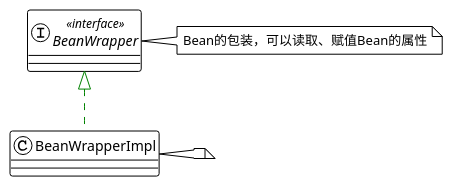
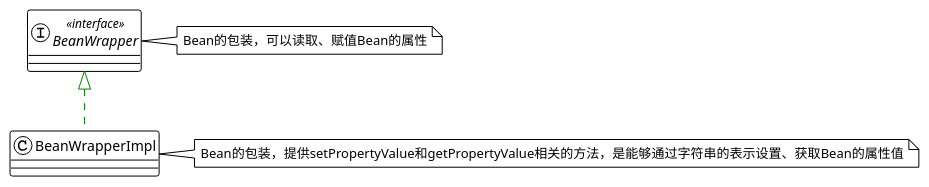
The fourth of 4 diagrams in docs/java/spring1.0类文件分析.md (duliao116/duliao116.github.io), drawn with PlantUML before and after one commit.

```diff
--- a/docs/java/spring1.0类文件分析.md
+++ b/docs/java/spring1.0类文件分析.md
@@ -791,12 +791,12 @@
 @startuml
 !theme plain
 top to bottom direction
 skinparam linetype ortho
 
 interface BeanWrapper << interface >>
 note right: Bean的包装，可以读取、赋值Bean的属性
 class BeanWrapperImpl
-note right:
+note right: Bean的包装，提供setPropertyValue和getPropertyValue相关的方法，是能够通过字符串的表示设置、获取Bean的属性值
 
 BeanWrapper <|.[#008200]. BeanWrapperImpl
 @enduml
```
